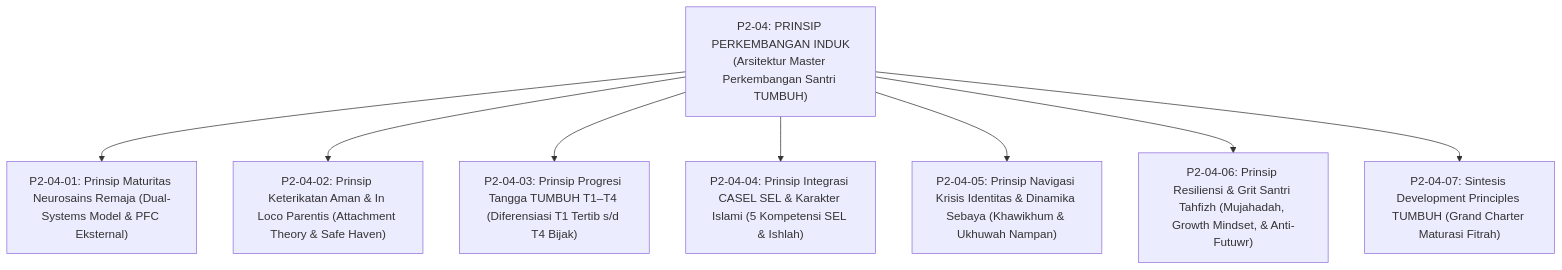
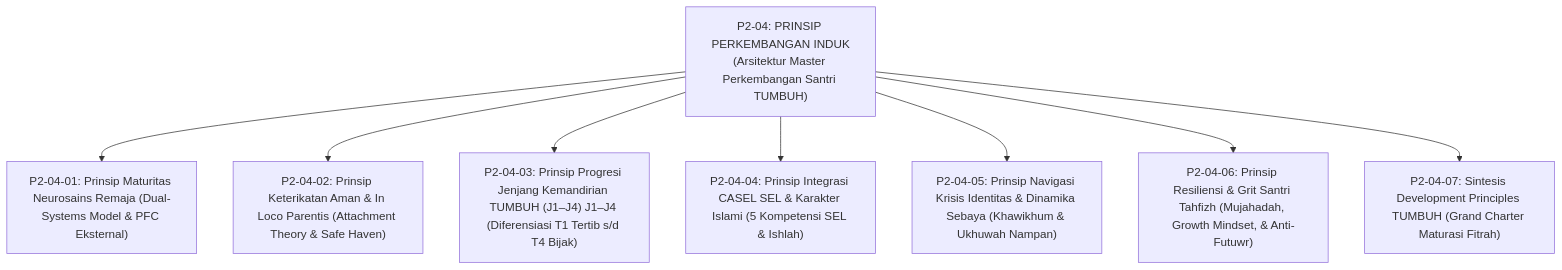
One commit to wandiapriliyandi/tumbuh changed the second of 3 diagrams in 02 Principles/04 Development Principles/P2-04-Prinsip-Perkembangan-Santri-TUMBUH.md. Above: the diagram before and after it, drawn with Mermaid. The commit also changed other lines of this file and 209 other files, not shown here.

````diff
--- a/02 Principles/04 Development Principles/P2-04-Prinsip-Perkembangan-Santri-TUMBUH.md
+++ b/02 Principles/04 Development Principles/P2-04-Prinsip-Perkembangan-Santri-TUMBUH.md
@@ -68,12 +68,12 @@
 ```mermaid
 graph TD
     Master["P2-04: PRINSIP PERKEMBANGAN INDUK<br/>(Arsitektur Master Perkembangan Santri TUMBUH)"]
     
     Master --> M1["P2-04-01: Prinsip Maturitas Neurosains Remaja (Dual-Systems Model & PFC Eksternal)"]
     Master --> M2["P2-04-02: Prinsip Keterikatan Aman & In Loco Parentis (Attachment Theory & Safe Haven)"]
-    Master --> M3["P2-04-03: Prinsip Progresi Tangga TUMBUH T1–T4 (Diferensiasi T1 Tertib s/d T4 Bijak)"]
+    Master --> M3["P2-04-03: Prinsip Progresi Jenjang Kemandirian TUMBUH (J1–J4) J1–J4 (Diferensiasi T1 Tertib s/d T4 Bijak)"]
     Master --> M4["P2-04-04: Prinsip Integrasi CASEL SEL & Karakter Islami (5 Kompetensi SEL & Ishlah)"]
     Master --> M5["P2-04-05: Prinsip Navigasi Krisis Identitas & Dinamika Sebaya (Khawikhum & Ukhuwah Nampan)"]
     Master --> M6["P2-04-06: Prinsip Resiliensi & Grit Santri Tahfizh (Mujahadah, Growth Mindset, & Anti-Futuwr)"]
     Master --> M7["P2-04-07: Sintesis Development Principles TUMBUH (Grand Charter Maturasi Fitrah)"]
 ```
````
